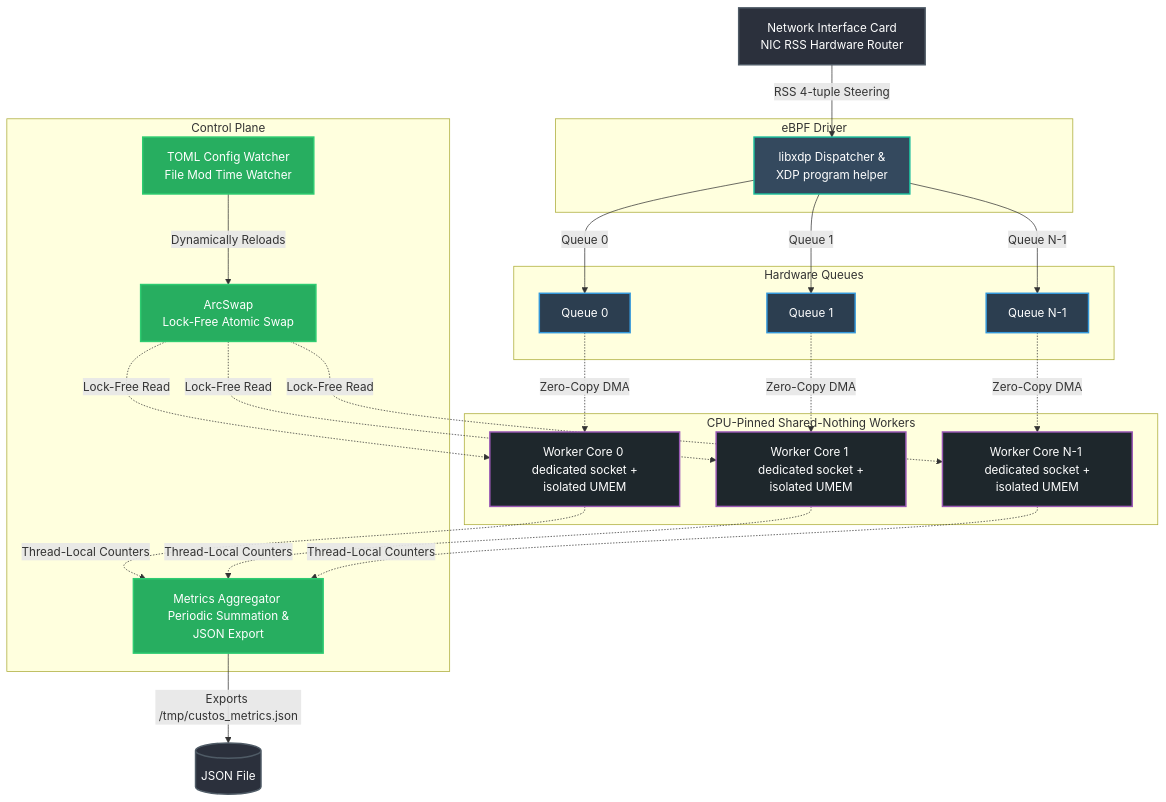
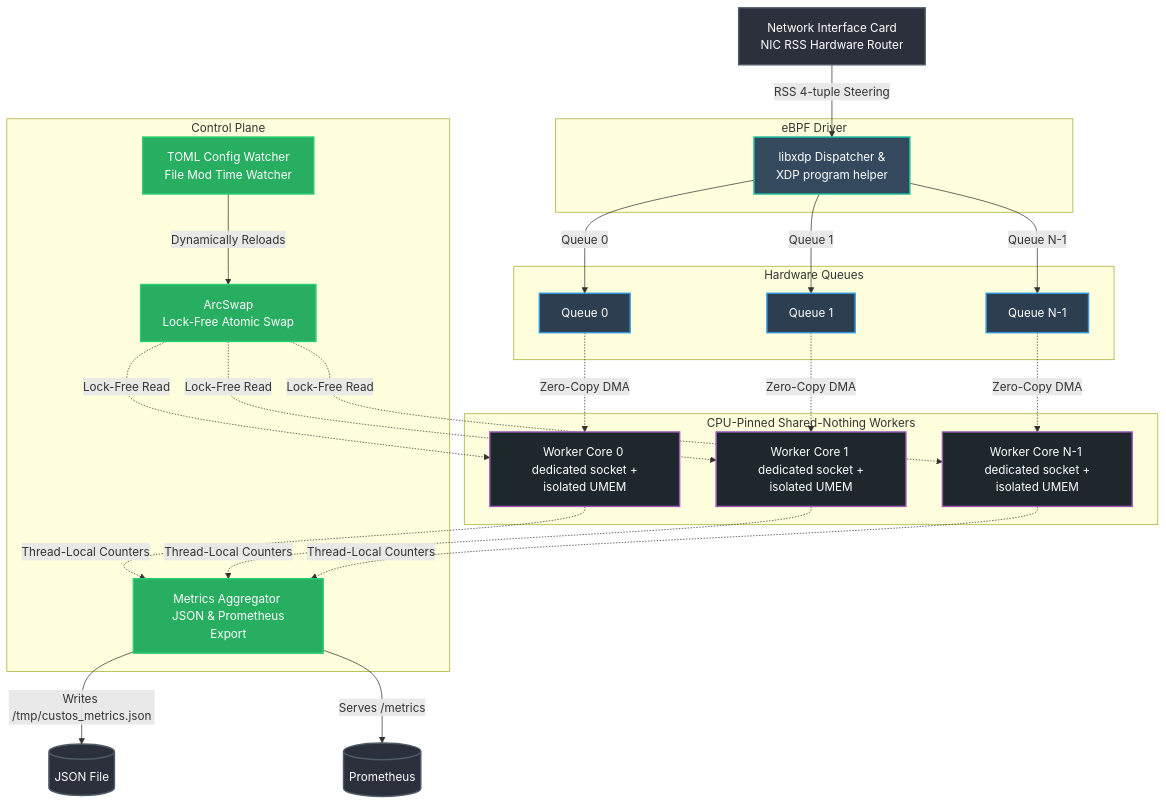
The diagram in phase4-advanced/multi-queue-sharding/README.md (val-27/Custos), drawn with Mermaid before and after one commit. The commit also changed other lines of this file and 4 other files, not shown here.

````diff
--- a/phase4-advanced/multi-queue-sharding/README.md
+++ b/phase4-advanced/multi-queue-sharding/README.md
@@ -9,55 +9,56 @@
 ```mermaid
 graph TD
     %% Define styles
     classDef nic fill:#2b303c,stroke:#4f5b66,stroke-width:2px,color:#fff;
     classDef bpf fill:#34495e,stroke:#1abc9c,stroke-width:2px,color:#fff;
     classDef queue fill:#2c3e50,stroke:#3498db,stroke-width:2px,color:#fff;
     classDef thread fill:#1e272c,stroke:#9b59b6,stroke-width:2px,color:#fff;
     classDef config fill:#27ae60,stroke:#2ecc71,stroke-width:2px,color:#fff;
 
     %% Elements
     NIC[Network Interface Card <br> NIC RSS Hardware Router]:::nic
     
     subgraph eBPF Driver
         BPF[libxdp Dispatcher & <br> XDP program helper]:::bpf
     end
     
     subgraph Hardware Queues
         Q0[Queue 0]:::queue
         Q1[Queue 1]:::queue
         QN[Queue N-1]:::queue
     end
     
     subgraph CPU-Pinned Shared-Nothing Workers
         T0[Worker Core 0 <br> dedicated socket + isolated UMEM]:::thread
         T1[Worker Core 1 <br> dedicated socket + isolated UMEM]:::thread
         TN[Worker Core N-1 <br> dedicated socket + isolated UMEM]:::thread
     end
     
     subgraph Control Plane
         Watcher[TOML Config Watcher <br> File Mod Time Watcher]:::config
         ArcS[ArcSwap <br> Lock-Free Atomic Swap]:::config
-        Metrics[Metrics Aggregator <br> Periodic Summation & JSON Export]:::config
+        Metrics[Metrics Aggregator <br> JSON & Prometheus Export]:::config
     end
 
     %% Flow
     NIC -->|RSS 4-tuple Steering| BPF
     BPF -->|Queue 0| Q0
     BPF -->|Queue 1| Q1
     BPF -->|Queue N-1| QN
     
     Q0 -.->|Zero-Copy DMA| T0
     Q1 -.->|Zero-Copy DMA| T1
     QN -.->|Zero-Copy DMA| TN
 
     Watcher -->|Dynamically Reloads| ArcS
     ArcS -.->|Lock-Free Read| T0
     ArcS -.->|Lock-Free Read| T1
     ArcS -.->|Lock-Free Read| TN
 
     T0 -.->|Thread-Local Counters| Metrics
     T1 -.->|Thread-Local Counters| Metrics
     TN -.->|Thread-Local Counters| Metrics
     
-    Metrics -->|Exports /tmp/custos_metrics.json| JSON[(JSON File)]:::nic
+    Metrics -->|Writes /tmp/custos_metrics.json| JSON[(JSON File)]:::nic
+    Metrics -->|Serves /metrics| Prom[(Prometheus)]:::nic
 ```
````
